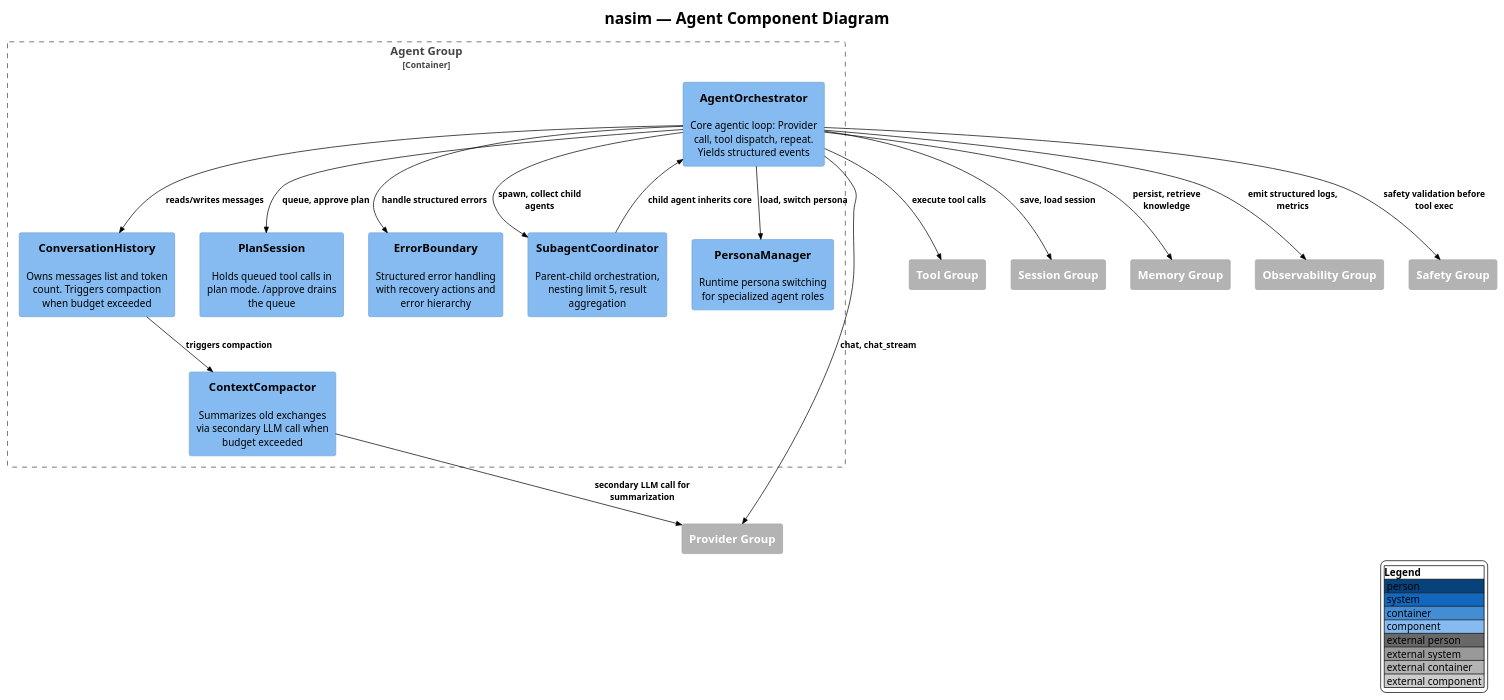
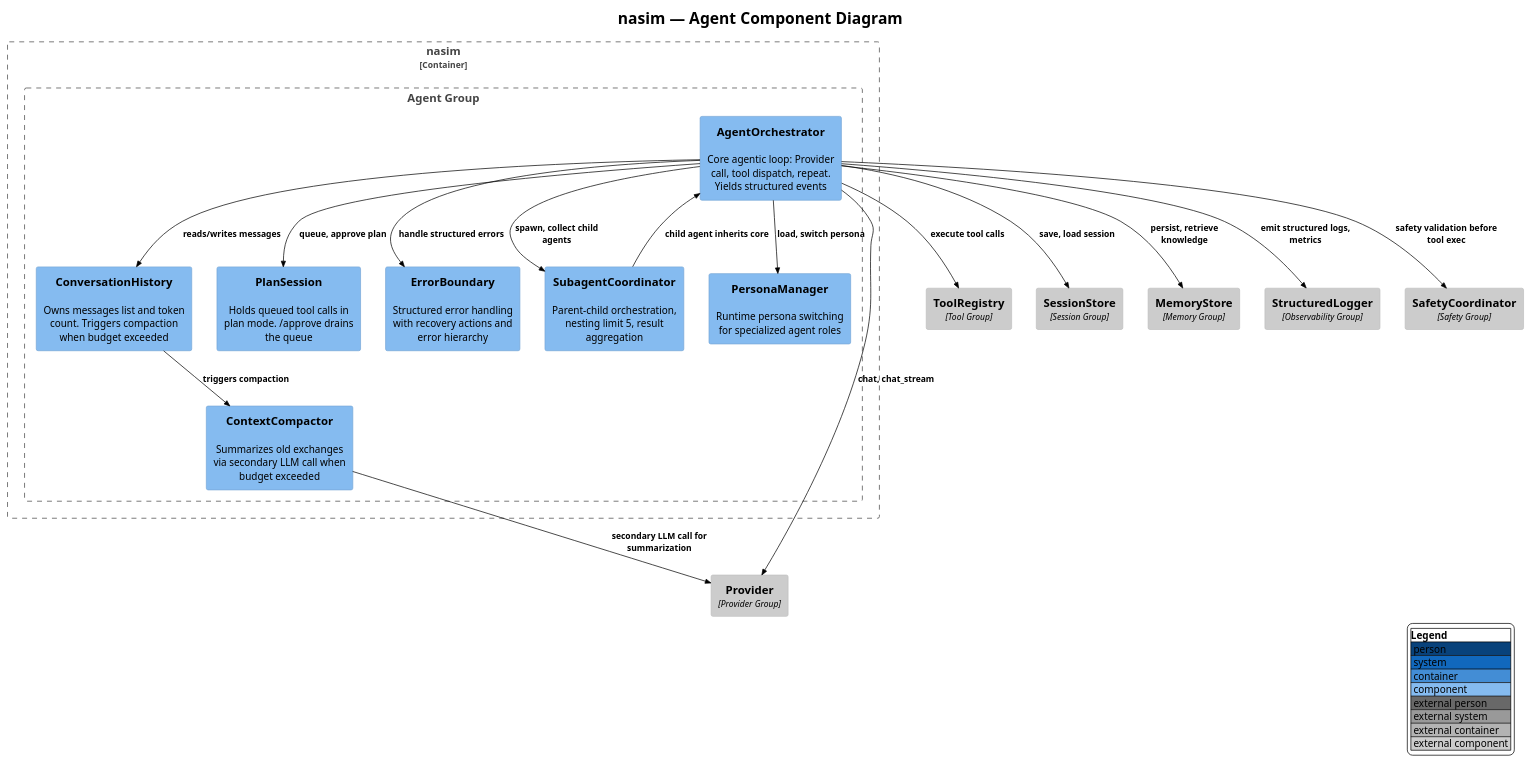
The diagram in docs/C4/c4_nasim_component_agent.puml (salimnamvar/nasim), drawn with PlantUML before and after one commit. The commit also changed 24 other files, not shown here.

First line of the commit message:
docs(c4): audit and fix all C4 diagrams to 9.0.0 standards

```diff
--- a/docs/C4/c4_nasim_component_agent.puml
+++ b/docs/C4/c4_nasim_component_agent.puml
@@ -1,51 +1,55 @@
 @startuml c4_nasim_component_agent
 !include https://raw.githubusercontent.com/plantuml-stdlib/C4-PlantUML/v2.10.0/C4_Component.puml
 !theme plain
 
 ' ============================================================
 ' Title:     nasim — Agent Component Diagram
-' Boundary:  nasim core library — Agent group
-' Purpose:   Agent layer internal components
+' Boundary:  nasim (container) — Agent Group
+' Purpose:   Agent Group: core agentic loop (Service layer).
+'            AgentOrchestrator is the single orchestrating
+'            component for the nasim Service layer.
 ' Milestone: v1.0
-' Version:   6.0.0
-' Source:    docs/prompt/p1.md — corrective architecture review
-' Review:    docs/audit/audit.2026.06.20.comprehensive.reference.audit.md
+' Version:   9.0.0
+' Source:    docs/entities.md
+' Review:    —
 ' ============================================================
 
 LAYOUT_WITH_LEGEND()
 
 title nasim — Agent Component Diagram
 
-Container_Boundary(agent_boundary, "Agent Group") {
-    Component(agent_orch, "AgentOrchestrator", "", "Core agentic loop: Provider call, tool dispatch, repeat. Yields structured events")
-    Component(conv_history, "ConversationHistory", "", "Owns messages list and token count. Triggers compaction when budget exceeded")
-    Component(compactor, "ContextCompactor", "", "Summarizes old exchanges via secondary LLM call when budget exceeded")
-    Component(plan_session, "PlanSession", "", "Holds queued tool calls in plan mode. /approve drains the queue")
-    Component(subagent_coord, "SubagentCoordinator", "", "Parent-child orchestration, nesting limit 5, result aggregation")
-    Component(error_boundary, "ErrorBoundary", "", "Structured error handling with recovery actions and error hierarchy")
-    Component(persona_mgr, "PersonaManager", "", "Runtime persona switching for specialized agent roles")
+Container_Boundary(nasim, "nasim") {
+    Boundary(agent_group, "Agent Group") {
+        Component(agent_orch, "AgentOrchestrator", "", "Core agentic loop: Provider call, tool dispatch, repeat. Yields structured events")
+        Component(conv_history, "ConversationHistory", "", "Owns messages list and token count. Triggers compaction when budget exceeded")
+        Component(compactor, "ContextCompactor", "", "Summarizes old exchanges via secondary LLM call when budget exceeded")
+        Component(plan_session, "PlanSession", "", "Holds queued tool calls in plan mode. /approve drains the queue")
+        Component(subagent_coord, "SubagentCoordinator", "", "Parent-child orchestration, nesting limit 5, result aggregation")
+        Component(error_boundary, "ErrorBoundary", "", "Structured error handling with recovery actions and error hierarchy")
+        Component(persona_mgr, "PersonaManager", "", "Runtime persona switching for specialized agent roles")
+    }
 }
 
-Container_Ext(provider_boundary, "Provider Group")
-Container_Ext(tool_boundary, "Tool Group")
-Container_Ext(session_boundary, "Session Group")
-Container_Ext(memory_boundary, "Memory Group")
-Container_Ext(observability_group, "Observability Group")
-Container_Ext(safety_boundary, "Safety Group")
+Component_Ext(provider, "Provider", "Provider Group")
+Component_Ext(tool_registry, "ToolRegistry", "Tool Group")
+Component_Ext(session_store, "SessionStore", "Session Group")
+Component_Ext(memory_store, "MemoryStore", "Memory Group")
+Component_Ext(structured_logger, "StructuredLogger", "Observability Group")
+Component_Ext(safety_coord, "SafetyCoordinator", "Safety Group")
 
-Rel(agent_orch, provider_boundary, "chat, chat_stream")
-Rel(agent_orch, tool_boundary, "execute tool calls")
+Rel(agent_orch, provider, "chat, chat_stream")
+Rel(agent_orch, tool_registry, "execute tool calls")
 Rel(agent_orch, conv_history, "reads/writes messages")
-Rel(agent_orch, safety_boundary, "safety validation before tool exec")
+Rel(agent_orch, safety_coord, "safety validation before tool exec")
 Rel(agent_orch, subagent_coord, "spawn, collect child agents")
 Rel(agent_orch, error_boundary, "handle structured errors")
 Rel(agent_orch, persona_mgr, "load, switch persona")
-Rel(agent_orch, memory_boundary, "persist, retrieve knowledge")
-Rel(agent_orch, session_boundary, "save, load session")
-Rel(agent_orch, observability_group, "emit structured logs, metrics")
+Rel(agent_orch, memory_store, "persist, retrieve knowledge")
+Rel(agent_orch, session_store, "save, load session")
+Rel(agent_orch, structured_logger, "emit structured logs, metrics")
 Rel(agent_orch, plan_session, "queue, approve plan")
 Rel(conv_history, compactor, "triggers compaction")
-Rel(compactor, provider_boundary, "secondary LLM call for summarization")
+Rel(compactor, provider, "secondary LLM call for summarization")
 Rel(subagent_coord, agent_orch, "child agent inherits core")
 
 @enduml
```
